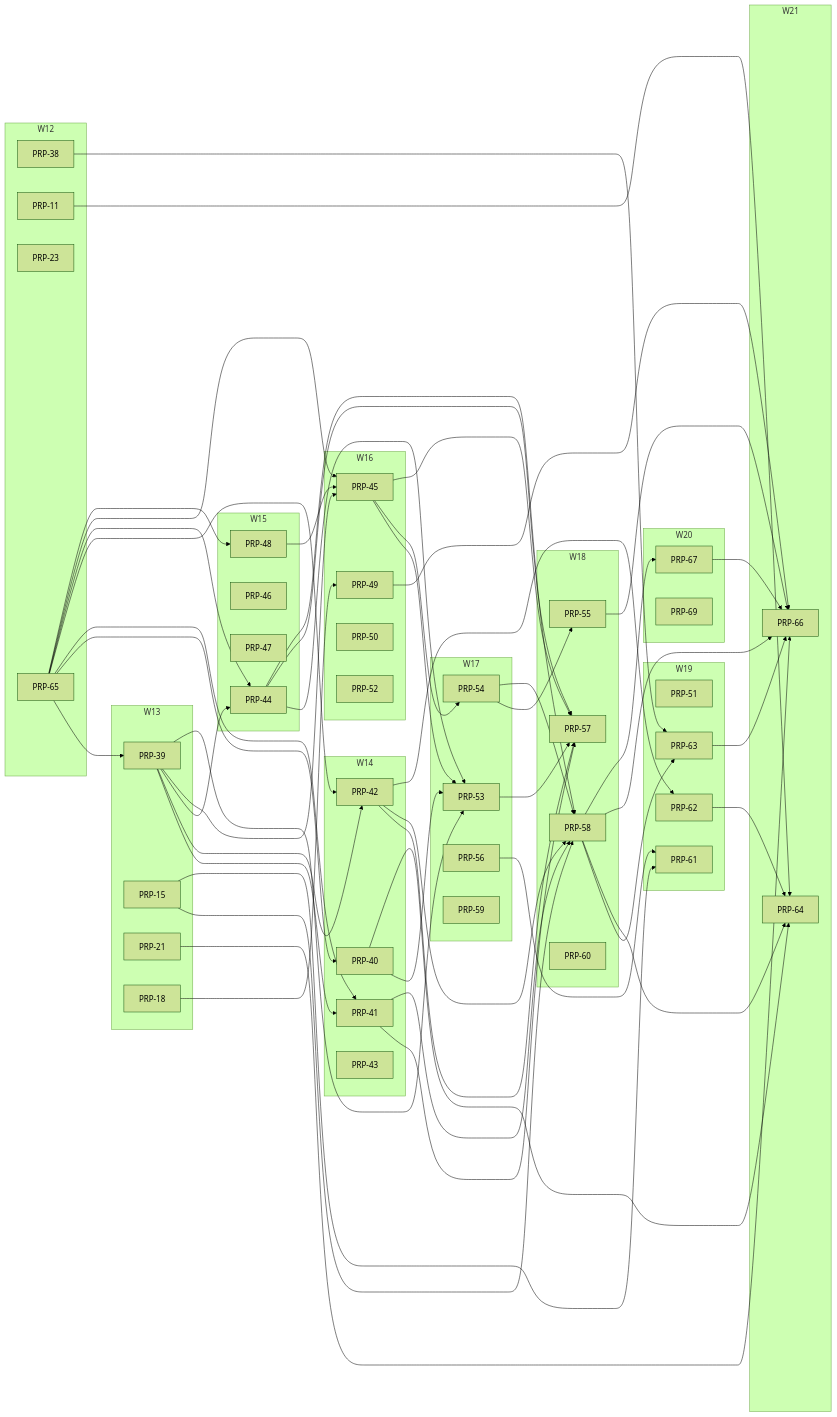
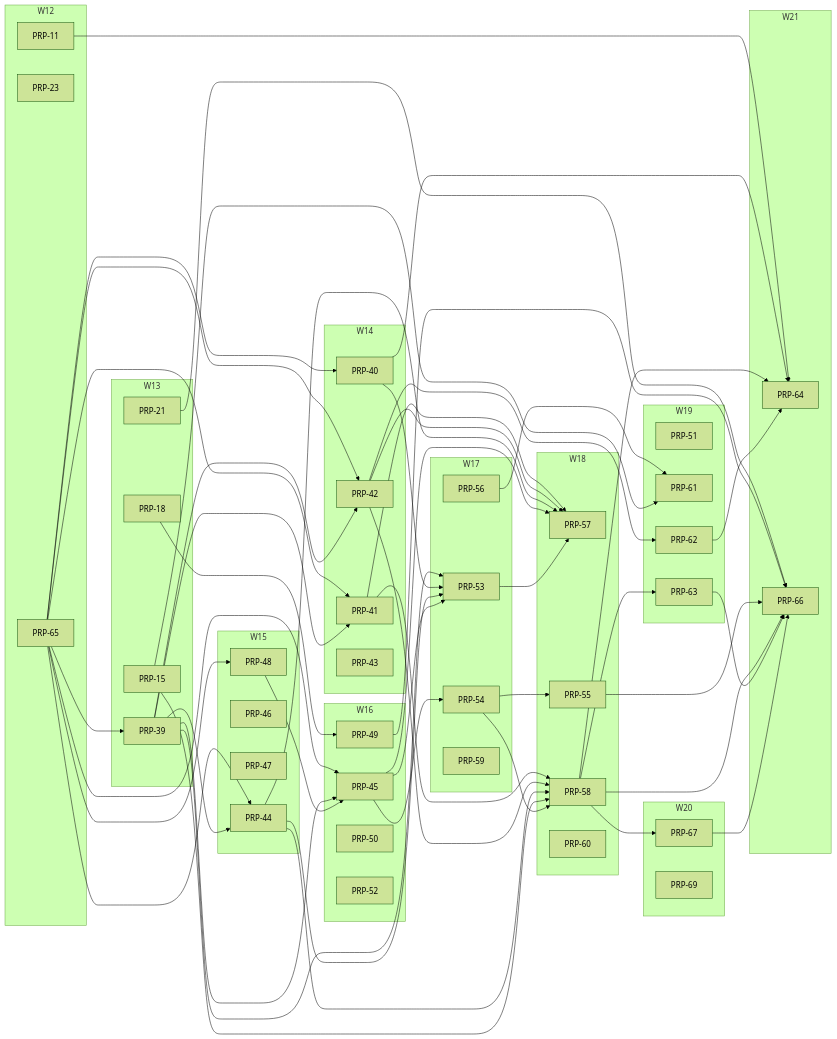
Before and after one commit to fgarofalo56/neurosphere: the diagram in PRPs/EXECUTION-PLAN.md, drawn with Mermaid (forest theme). The commit also changed other lines of this file and 5 other files, not shown here.

````diff
--- a/PRPs/EXECUTION-PLAN.md
+++ b/PRPs/EXECUTION-PLAN.md
@@ -163,7 +162,6 @@
 ```mermaid
 flowchart LR
   subgraph W12
-    P38["PRP-38"]
     P11["PRP-11"]
     P23["PRP-23"]
     P65["PRP-65"]
@@ -250,7 +248,6 @@
   P56 --> P61
   P15 --> P61
   P42 --> P62
-  P38 --> P63
   P58 --> P63
   P11 --> P64
   P40 --> P64
````
